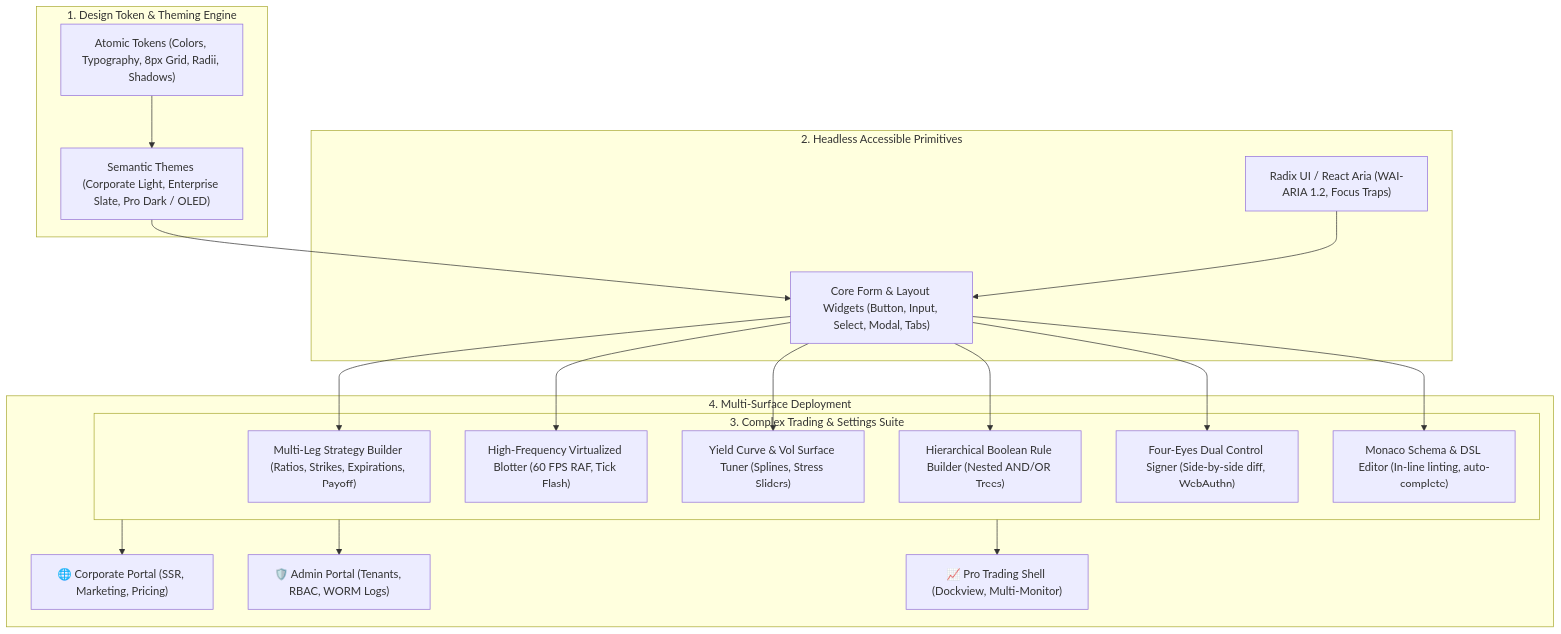
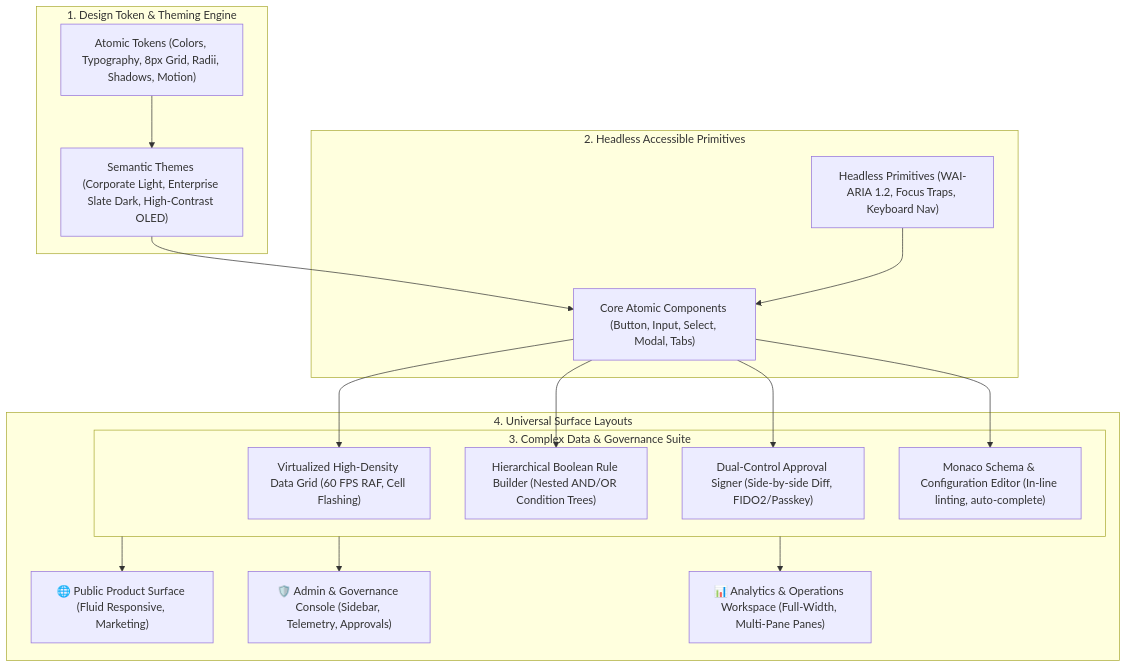
One commit to lakhwindersingh/nb_fairyfly changed the diagram in .nb/plan/master/enterprise-ui-design-system/concise.md. Above: the diagram before and after it, drawn with Mermaid. The commit also changed other lines of this file and 25 other files, not shown here.

````diff
--- a/.nb/plan/master/enterprise-ui-design-system/concise.md
+++ b/.nb/plan/master/enterprise-ui-design-system/concise.md
@@ -42,39 +42,35 @@
 ```mermaid
 graph TD
   subgraph TokenCore["1. Design Token & Theming Engine"]
-    Tokens["Atomic Tokens (Colors, Typography, 8px Grid, Radii, Shadows)"]
-    Themes["Semantic Themes (Corporate Light, Enterprise Slate, Pro Dark / OLED)"]
+    Tokens["Atomic Tokens (Colors, Typography, 8px Grid, Radii, Shadows, Motion)"]
+    Themes["Semantic Themes (Corporate Light, Enterprise Slate Dark, High-Contrast OLED)"]
     Tokens --> Themes
   end
 
   subgraph HeadlessBase["2. Headless Accessible Primitives"]
-    Primitives["Radix UI / React Aria (WAI-ARIA 1.2, Focus Traps)"]
-    BaseWidgets["Core Form & Layout Widgets (Button, Input, Select, Modal, Tabs)"]
+    Primitives["Headless Primitives (WAI-ARIA 1.2, Focus Traps, Keyboard Nav)"]
+    BaseWidgets["Core Atomic Components (Button, Input, Select, Modal, Tabs)"]
     Themes --> BaseWidgets
     Primitives --> BaseWidgets
   end
 
-  subgraph ComplexTrading["3. Complex Trading & Settings Suite"]
-    MultiLeg["Multi-Leg Strategy Builder (Ratios, Strikes, Expirations, Payoff)"]
-    BlotterGrid["High-Frequency Virtualized Blotter (60 FPS RAF, Tick Flash)"]
-    CurveTuner["Yield Curve & Vol Surface Tuner (Splines, Stress Sliders)"]
-    RuleBuilder["Hierarchical Boolean Rule Builder (Nested AND/OR Trees)"]
-    FourEyesWidget["Four-Eyes Dual Control Signer (Side-by-side diff, WebAuthn)"]
-    DslMonaco["Monaco Schema & DSL Editor (In-line linting, auto-complete)"]
-    BaseWidgets --> MultiLeg
-    BaseWidgets --> BlotterGrid
-    BaseWidgets --> CurveTuner
+  subgraph ComplexWidgets["3. Complex Data & Governance Suite"]
+    DataGrid["Virtualized High-Density Data Grid (60 FPS RAF, Cell Flashing)"]
+    RuleBuilder["Hierarchical Boolean Rule Builder (Nested AND/OR Condition Trees)"]
+    FourEyesWidget["Dual-Control Approval Signer (Side-by-side Diff, FIDO2/Passkey)"]
+    DslMonaco["Monaco Schema & Configuration Editor (In-line linting, auto-complete)"]
+    BaseWidgets --> DataGrid
     BaseWidgets --> RuleBuilder
     BaseWidgets --> FourEyesWidget
     BaseWidgets --> DslMonaco
   end
 
-  subgraph MultiSurface["4. Multi-Surface Deployment"]
-    Corp["🌐 Corporate Portal (SSR, Marketing, Pricing)"]
-    Admin["🛡️ Admin Portal (Tenants, RBAC, WORM Logs)"]
-    Trade["📈 Pro Trading Shell (Dockview, Multi-Monitor)"]
-    ComplexTrading --> Corp
-    ComplexTrading --> Admin
-    ComplexTrading --> Trade
+  subgraph MultiSurface["4. Universal Surface Layouts"]
+    Corp["🌐 Public Product Surface (Fluid Responsive, Marketing)"]
+    Admin["🛡️ Admin & Governance Console (Sidebar, Telemetry, Approvals)"]
+    Ops["📊 Analytics & Operations Workspace (Full-Width, Multi-Pane Panes)"]
+    ComplexWidgets --> Corp
+    ComplexWidgets --> Admin
+    ComplexWidgets --> Ops
   end
 ```
````
